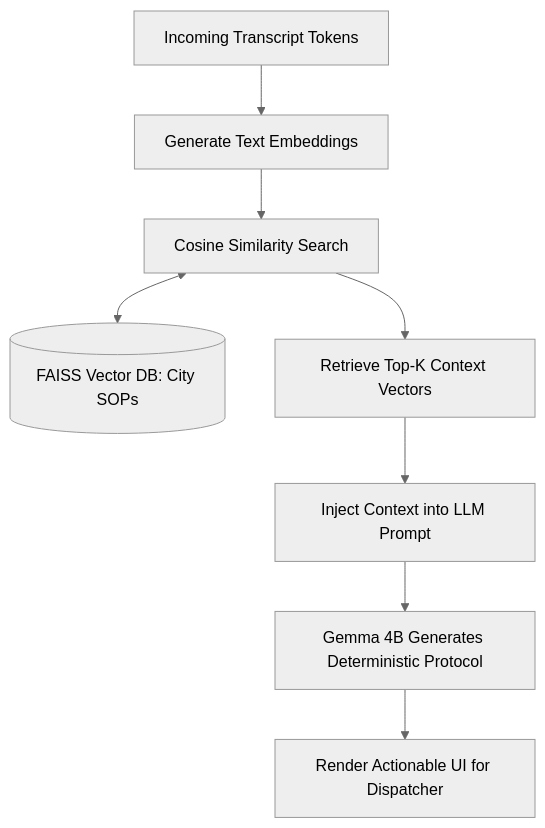
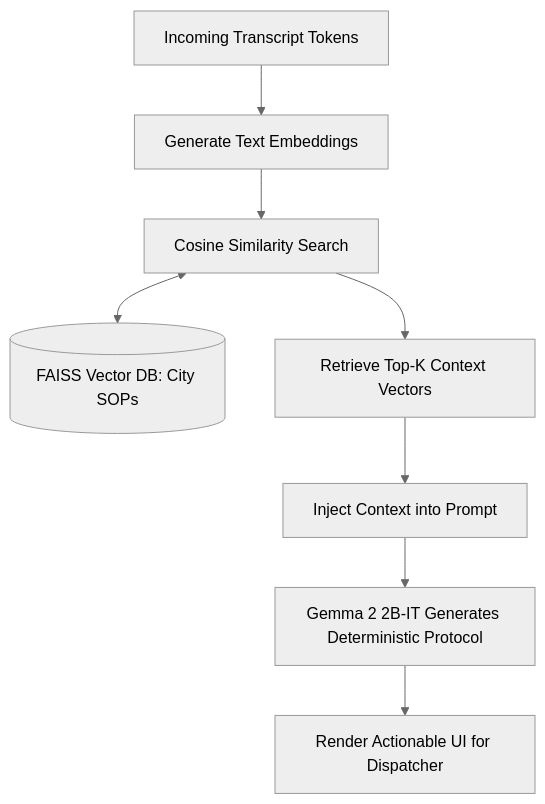
One commit to Rakshi2609/E-mrg changed the fourth of 4 diagrams in README.md. Above: the diagram before and after it, drawn with Mermaid (neutral theme). The commit also changed other lines of this file and 64 other files, not shown here.

Commit message:
docs: strictly enforce guidelines across writeup and readme (unified architecture, softened claims, verified Gemma 2 2B, unified repo URLs)

````diff
--- a/README.md
+++ b/README.md
@@ -129,10 +118,10 @@
 ```mermaid
 graph TD
     A[Incoming Transcript Tokens] --> B[Generate Text Embeddings]
     B --> C[Cosine Similarity Search]
     C <--> D[(FAISS Vector DB: City SOPs)]
     C --> E[Retrieve Top-K Context Vectors]
-    E --> F[Inject Context into LLM Prompt]
-    F --> G[Gemma 4B Generates Deterministic Protocol]
+    E --> F[Inject Context into Prompt]
+    F --> G[Gemma 2 2B-IT Generates Deterministic Protocol]
     G --> H[Render Actionable UI for Dispatcher]
 ```
````
